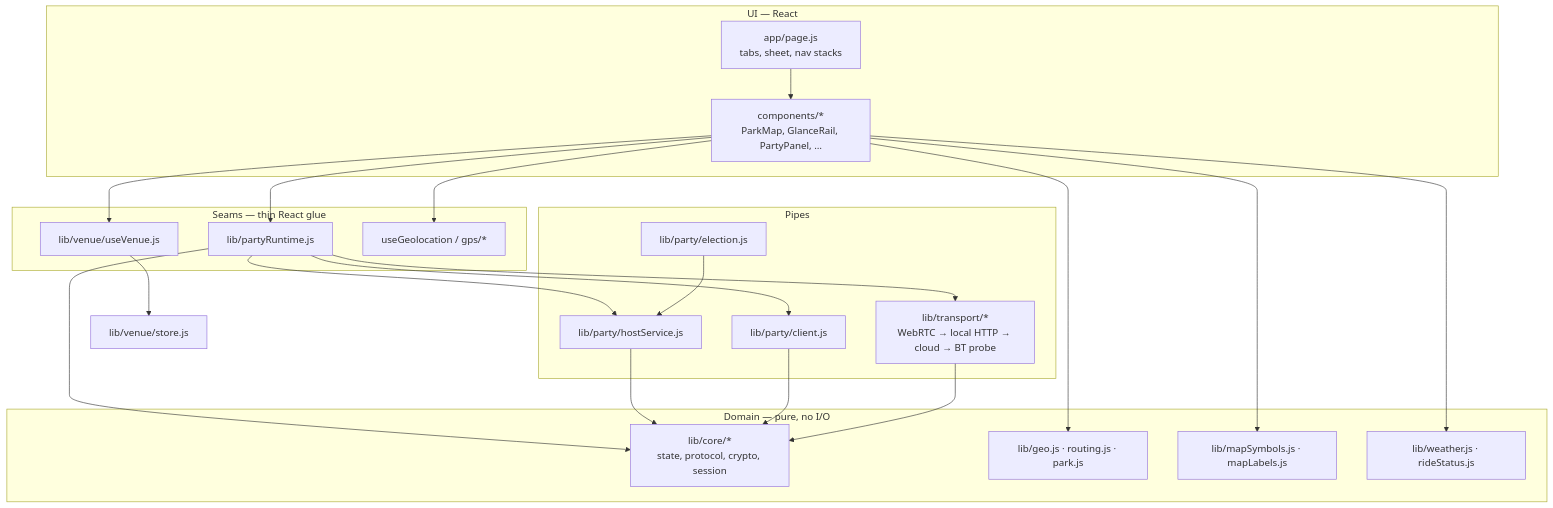
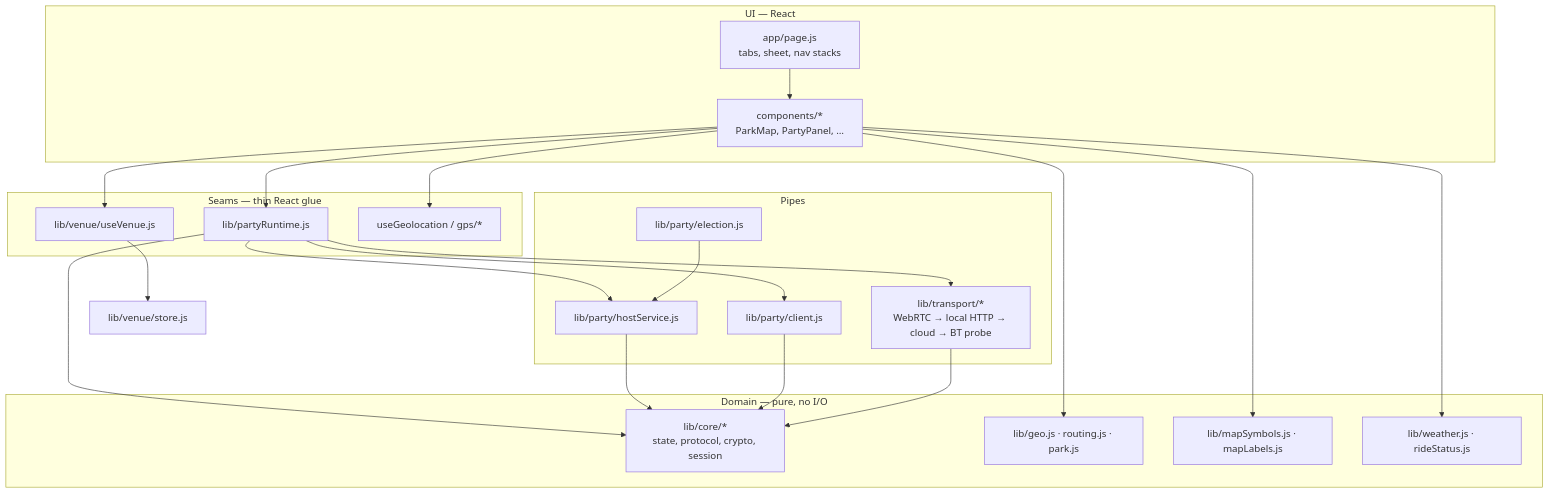
Before and after one commit to parthalon025/six-flags-sa: the third of 8 diagrams in docs/architecture-map.md, drawn with Mermaid. The commit also changed 1 other file, not shown here.

Commit message:
chore: drop GlanceRail from architecture map; revert version stamp
Version files are auto-bumped on merge — restore app-version.json to main.

````diff
--- a/docs/architecture-map.md
+++ b/docs/architecture-map.md
@@ -112,36 +112,36 @@
 ```mermaid
 flowchart TB
   subgraph ui ["UI — React"]
     PAGE2["app/page.js<br/>tabs, sheet, nav stacks"]
-    COMP["components/*<br/>ParkMap, GlanceRail, PartyPanel, …"]
+    COMP["components/*<br/>ParkMap, PartyPanel, …"]
   end
 
   subgraph seams ["Seams — thin React glue"]
     UV["lib/venue/useVenue.js"]
     RT["lib/partyRuntime.js"]
     GPS["useGeolocation / gps/*"]
   end
 
   subgraph domain ["Domain — pure, no I/O"]
     CORE["lib/core/*<br/>state, protocol, crypto, session"]
     GEO["lib/geo.js · routing.js · park.js"]
     SYM["lib/mapSymbols.js · mapLabels.js"]
     WX2["lib/weather.js · rideStatus.js"]
   end
 
   subgraph pipes ["Pipes"]
     TX["lib/transport/*<br/>WebRTC → local HTTP → cloud → BT probe"]
     HOST["lib/party/hostService.js"]
     CLI["lib/party/client.js"]
     EL["lib/party/election.js"]
   end
 
   PAGE2 --> COMP
   COMP --> UV & RT & GPS
   UV --> STORE2["lib/venue/store.js"]
   RT --> HOST & CLI & TX & CORE
   HOST & CLI --> CORE
   TX --> CORE
   COMP --> GEO & SYM & WX2
   EL --> HOST
 ```
````
